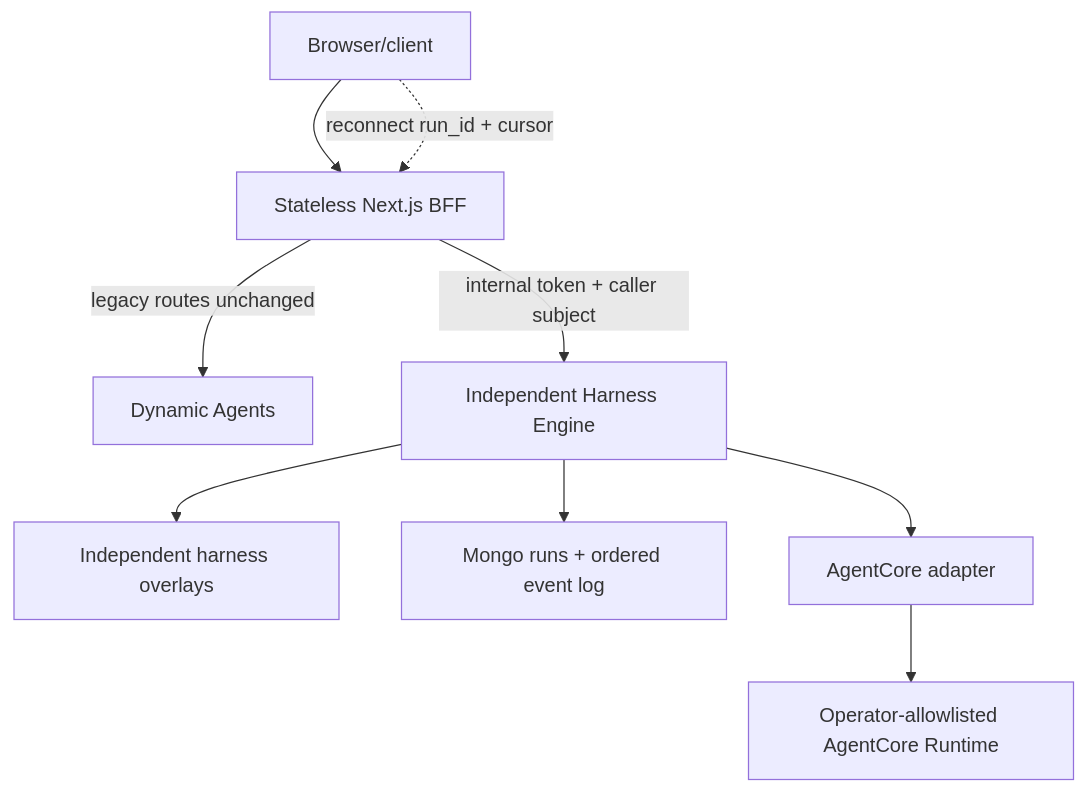
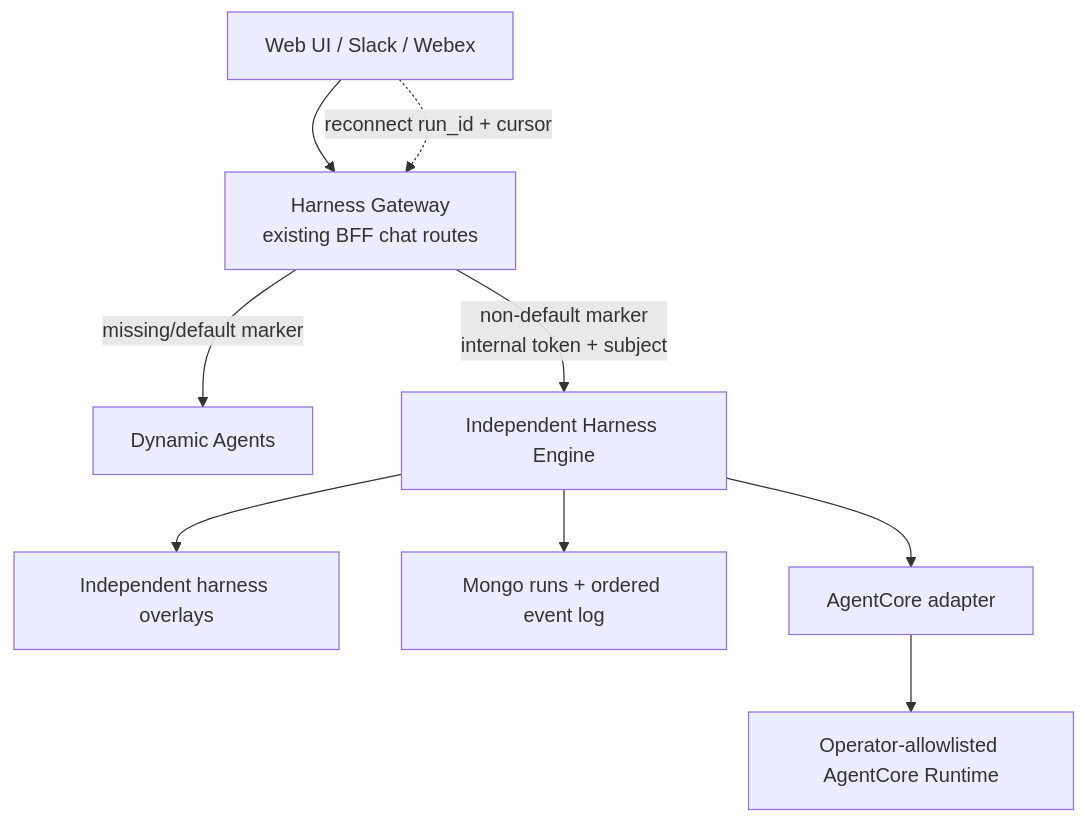
The diagram in docs/docs/specs/2026-08-17-harness-engine/plan.md (cnoe-io/ai-platform-engineering), drawn with Mermaid before and after one commit. The commit also changed other lines of this file and 19 other files, not shown here.

Commit message:
feat(harness-engine): add BFF harness gateway

````diff
--- a/docs/docs/specs/2026-08-17-harness-engine/plan.md
+++ b/docs/docs/specs/2026-08-17-harness-engine/plan.md
@@ -57,11 +65,11 @@
 ```mermaid
 flowchart TB
-    C["Browser/client"] --> BFF["Stateless Next.js BFF"]
-    BFF -->|"legacy routes unchanged"| DA["Dynamic Agents"]
-    BFF -->|"internal token + caller subject"| HE["Independent Harness Engine"]
+    C["Web UI / Slack / Webex"] --> HG["Harness Gateway\nexisting BFF chat routes"]
+    HG -->|"missing/default marker"| DA["Dynamic Agents"]
+    HG -->|"non-default marker\ninternal token + subject"| HE["Independent Harness Engine"]
     HE --> CFG["Independent harness overlays"]
     HE --> RUNS["Mongo runs + ordered event log"]
     HE --> AC["AgentCore adapter"]
     AC --> AWS["Operator-allowlisted AgentCore Runtime"]
-    C -. "reconnect run_id + cursor" .-> BFF
+    C -. "reconnect run_id + cursor" .-> HG
 ```
````
